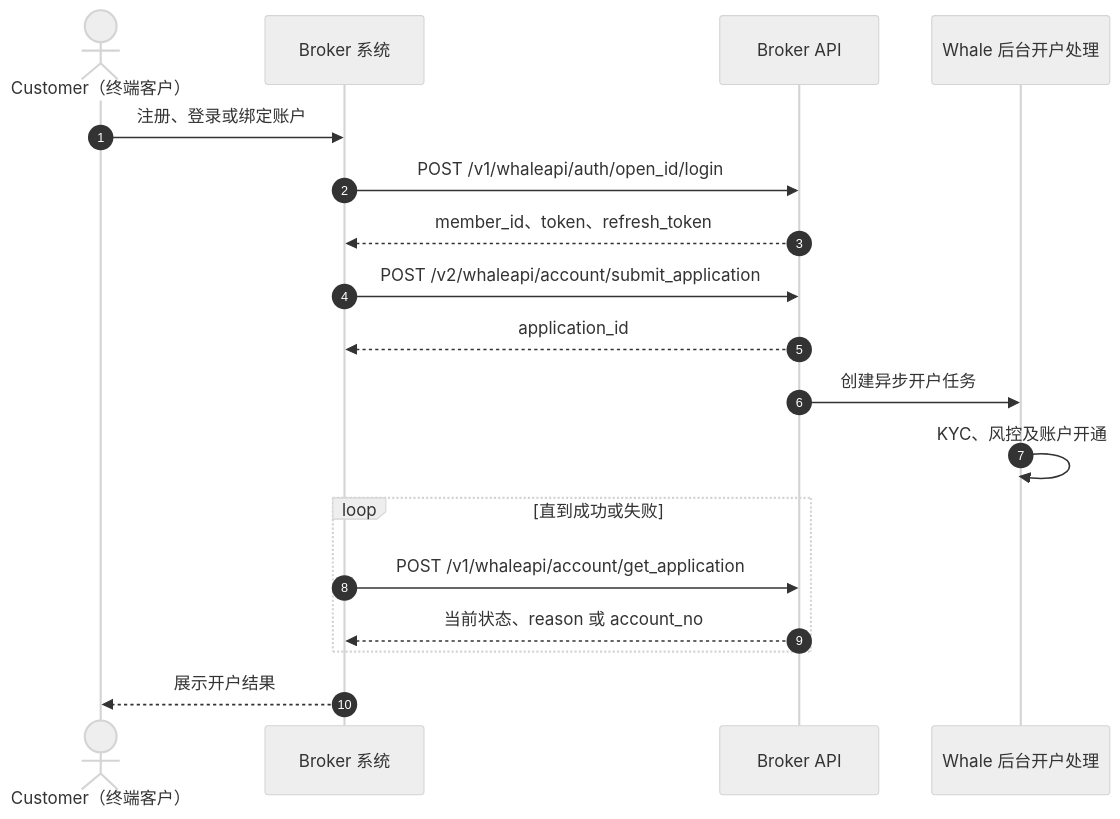
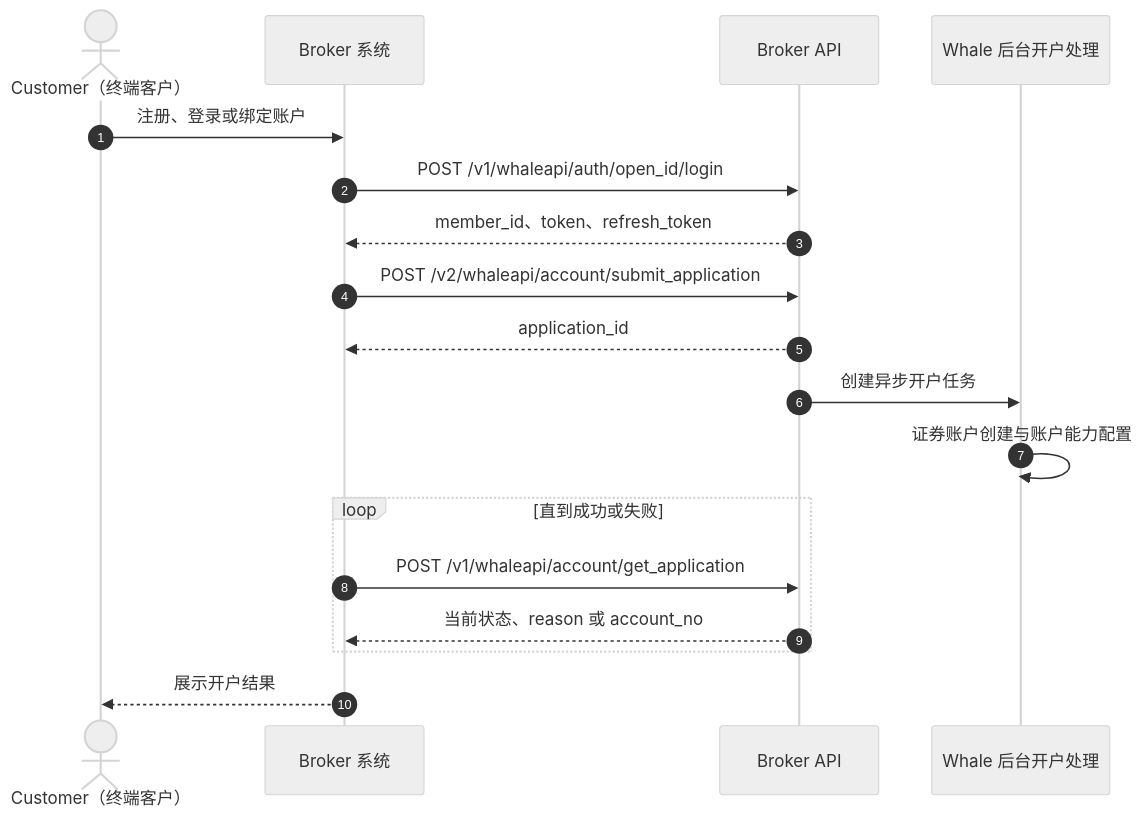
Before and after one commit to longbridge/whale-docs: the first of 2 diagrams in cn/docs/account-opening.mdx, drawn with Mermaid (neutral theme). The commit also changed other lines of this file and 1 other file, not shown here.

````diff
--- a/cn/docs/account-opening.mdx
+++ b/cn/docs/account-opening.mdx
@@ -72,20 +68,20 @@
 ```mermaid
 sequenceDiagram
     autonumber
     actor Customer as Customer（终端客户）
     participant Broker as Broker 系统
     participant API as Broker API
     participant Ops as Whale 后台开户处理
     Customer->>Broker: 注册、登录或绑定账户
     Broker->>API: POST /v1/whaleapi/auth/open_id/login
     API-->>Broker: member_id、token、refresh_token
     Broker->>API: POST /v2/whaleapi/account/submit_application
     API-->>Broker: application_id
     API->>Ops: 创建异步开户任务
-    Ops->>Ops: KYC、风控及账户开通
+    Ops->>Ops: 证券账户创建与账户能力配置
     loop 直到成功或失败
         Broker->>API: POST /v1/whaleapi/account/get_application
         API-->>Broker: 当前状态、reason 或 account_no
     end
     Broker-->>Customer: 展示开户结果
 ```
````
